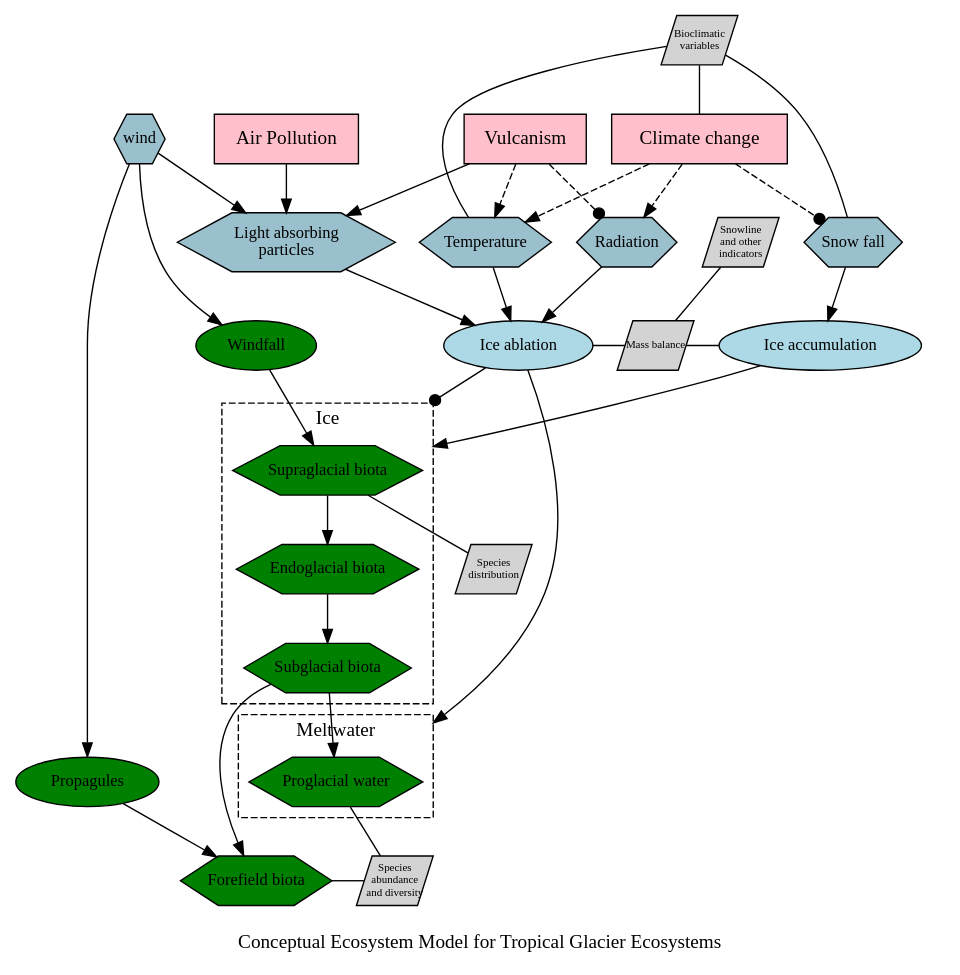
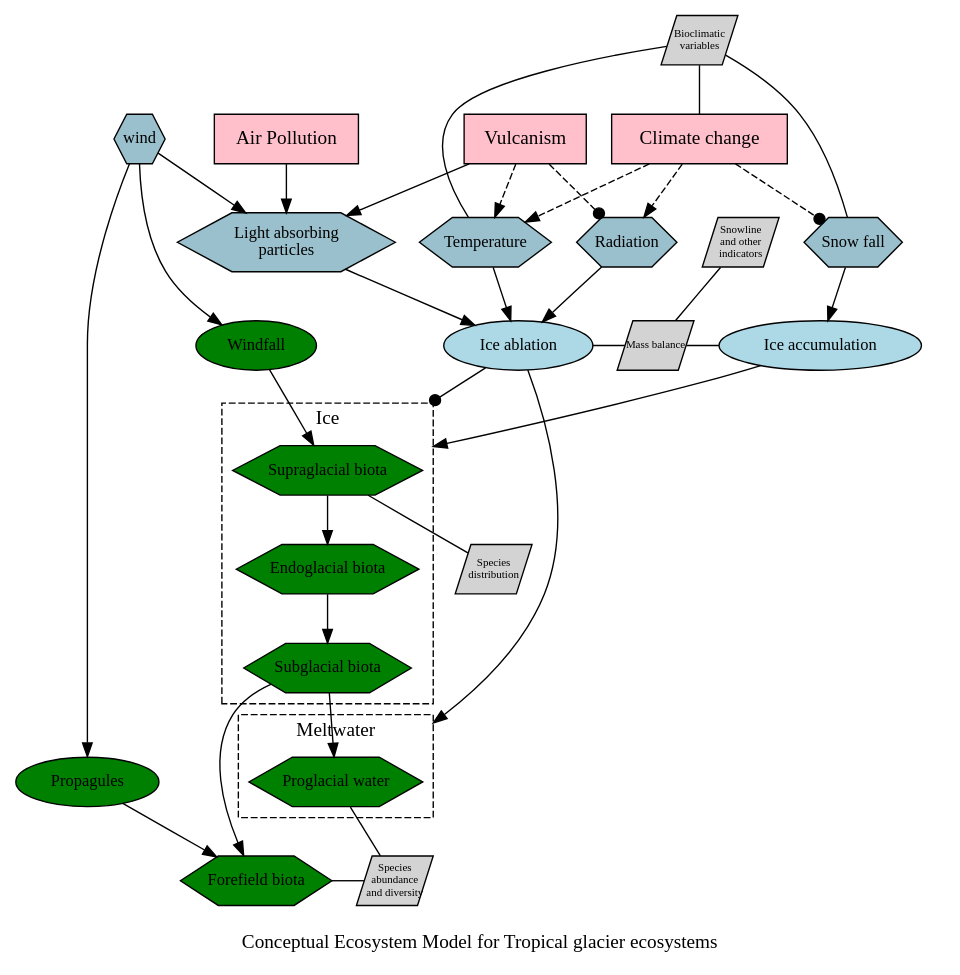
Before and after one commit to red-list-ecosystem/T6.1-SA-01-VE-01-Cordillera-Merida: the diagram in assets/CEM-all-TGE.gv, drawn with Graphviz. The commit also changed 18 other files, not shown here.

```diff
--- a/assets/CEM-all-TGE.gv
+++ b/assets/CEM-all-TGE.gv
@@ -1,104 +1,104 @@
 digraph G {
-    label = "Conceptual Ecosystem Model for Tropical Glacier Ecosystems"
+    label = "Conceptual Ecosystem Model for Tropical glacier ecosystems"
     compound=true; #nodesep=1.0;
     #rankdir="LR"
     #layout=fdp
     #layout=neato
     #concentrate=True;
     rankdir=TB;
     #layout=twopi;
     { node [ shape=parallelogram fontsize=8 fixedsize=true fillcolor=lightgrey style=filled]
         IN1 [label="Bioclimatic\nvariables"]
         IN2 [label="Snowline\nand other\nindicators"]
         IN3 [label="Mass balance"]
         IN4 [label="Species\ndistribution"]
         IN5 [label="Species\nabundance\nand diversity"]
     }
   {
     node [margin=0 fillcolor= lightblue3 fontcolor=black fontsize=12 width=0.5 shape= hexagon style=filled fixedsize=false]
     AE1 [label="Snow fall"]
     AE2 [label="Temperature"]
     AE3 [label="Radiation"]
     AE4 [label="Light absorbing\nparticles"]
     AE5 [label="wind"]
     #AE5 [label="Ice substrate"]
     #AE6 [label="Meltwater"]
   }
   {
     node [ shape=ellipse fillcolor=lightblue fontsize=12 style=filled]
     AP1 [label="Ice accumulation"]
     AP2 [label="Ice ablation"]
   }
   {
     node [shape=rectangle fillcolor=pink style=filled ]
     TR1 [label="Air Pollution"]
     TR2 [label="Vulcanism"]
     TR3 [label="Climate change"]
   }
   {
     node [ shape=ellipse fillcolor=green fontsize=12 style=filled]
     BP1 [label="Propagules"]
     BP2 [label="Windfall "] # (nutrients and propagules)
   }
   {
     node [margin=0 fillcolor="green" fontcolor=black fontsize=12 width=0.5 shape=hexagon style=filled fixedsize=false]
     CB1 [label="Supraglacial biota"]
     CB2 [label="Endoglacial biota"]
     CB3 [label="Subglacial biota"]
     CB4 [label="Proglacial water"]
     CB5 [label="Forefield biota"]
   }
   subgraph clusterBio {
       label=""
       style="invis"
       rank="same";
 
     subgraph clusterIce {
           label = "Ice" style = "dashed" pos="topright"
         #subgraph {
             CB1 -> CB2 -> CB3
         #}
     }
     subgraph clusterMelt {
       label = "Meltwater" style = "dashed"
       CB4
     }
     subgraph {
         CB5 IN5
     }
     }
 
   subgraph clusterMB {
       rank="same";
       label=""
       style="invis"
       {AP1 AP2 IN3}
   }
   CB1->IN4 [ arrowhead=none ]
 
    AP2 -> CB1 [arrowhead=dot lhead=clusterIce]
    AP1 -> CB1 [lhead=clusterIce]
    AP2 -> CB4 [lhead=clusterMelt]
    IN2->IN3 [ arrowhead=none ]
 
     BP2 -> CB1
     CB3 -> {CB4 CB5}
     #BP1 -> {CB2 CB3}
     #CB1 -> BP1
     AE5 -> {AE4 BP2 BP1}
     BP1 -> CB5
   TR1 -> AE4
   TR2 -> AE2 [ style=dashed ]
   TR2 -> AE4
   TR2 -> AE3 [arrowhead=dot style=dashed]
   TR3 -> {AE2 AE3} [ style=dashed ]
   TR3 -> AE1 [arrowhead=dot style=dashed]
   AE1 -> AP1
   AE2 -> AP2
   AE3 -> AP2
   AE4 -> AP2
 
   {AE1 AE2}->IN1->TR3 [ arrowhead=none ]
   AP1->IN3->AP2 [arrowhead=none]
   CB4->IN5->CB5 [arrowhead=none]
 }
```
